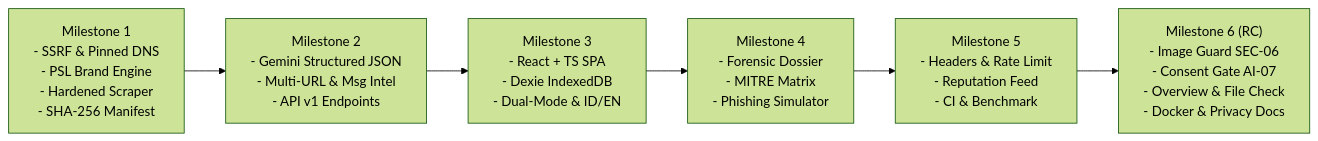
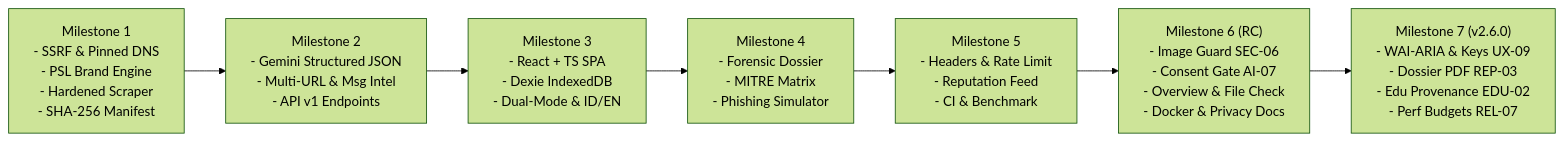
The second of 2 diagrams in README.md (ChoqySirait/Chatbot), drawn with Mermaid (forest theme) before and after one commit. The commit also changed other lines of this file and 5 other files, not shown here.

Commit message:
perf(release): add performance budgets, offline latency baseline tests, and v2.6.0 release docs (REL-07)

````diff
--- a/README.md
+++ b/README.md
@@ -183,11 +184,12 @@
 ```mermaid
 flowchart LR
     M1["Milestone 1\n- SSRF & Pinned DNS\n- PSL Brand Engine\n- Hardened Scraper\n- SHA-256 Manifest"]
     M2["Milestone 2\n- Gemini Structured JSON\n- Multi-URL & Msg Intel\n- API v1 Endpoints"]
     M3["Milestone 3\n- React + TS SPA\n- Dexie IndexedDB\n- Dual-Mode & ID/EN"]
     M4["Milestone 4\n- Forensic Dossier\n- MITRE Matrix\n- Phishing Simulator"]
     M5["Milestone 5\n- Headers & Rate Limit\n- Reputation Feed\n- CI & Benchmark"]
     M6["Milestone 6 (RC)\n- Image Guard SEC-06\n- Consent Gate AI-07\n- Overview & File Check\n- Docker & Privacy Docs"]
+    M7["Milestone 7 (v2.6.0)\n- WAI-ARIA & Keys UX-09\n- Dossier PDF REP-03\n- Edu Provenance EDU-02\n- Perf Budgets REL-07"]
 
-    M1 --> M2 --> M3 --> M4 --> M5 --> M6
+    M1 --> M2 --> M3 --> M4 --> M5 --> M6 --> M7
 ```
````
